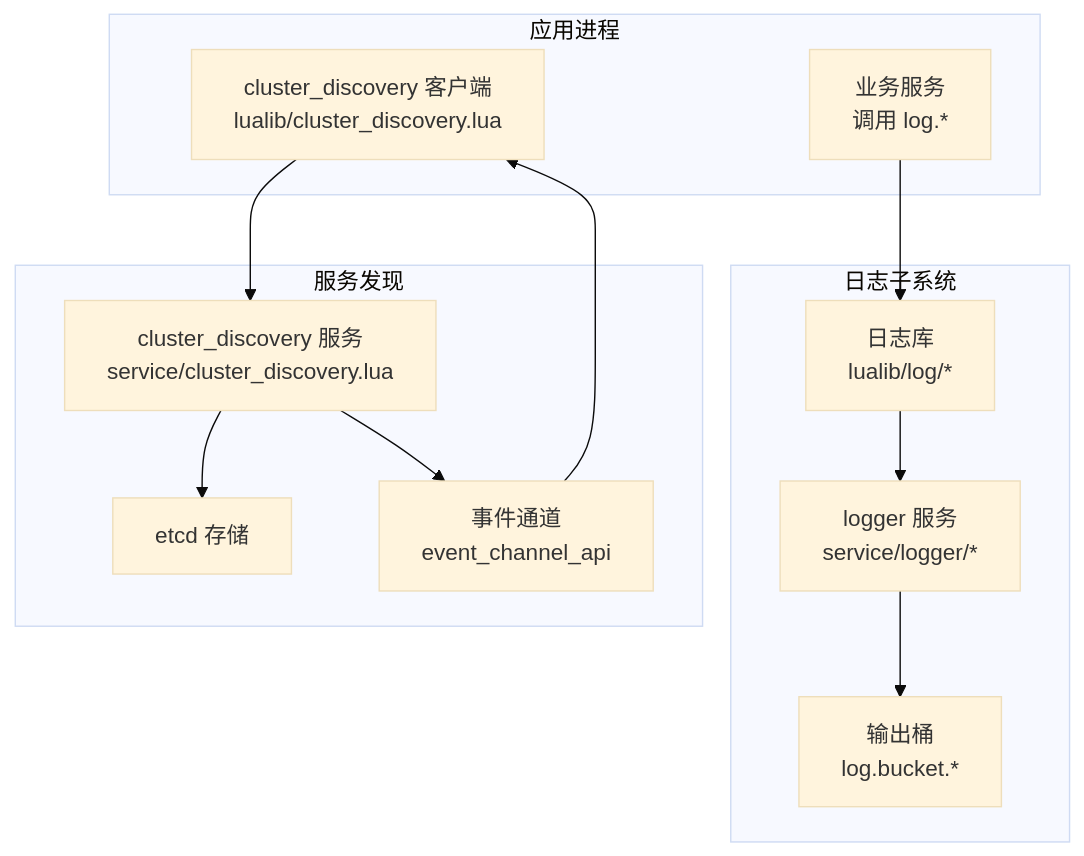
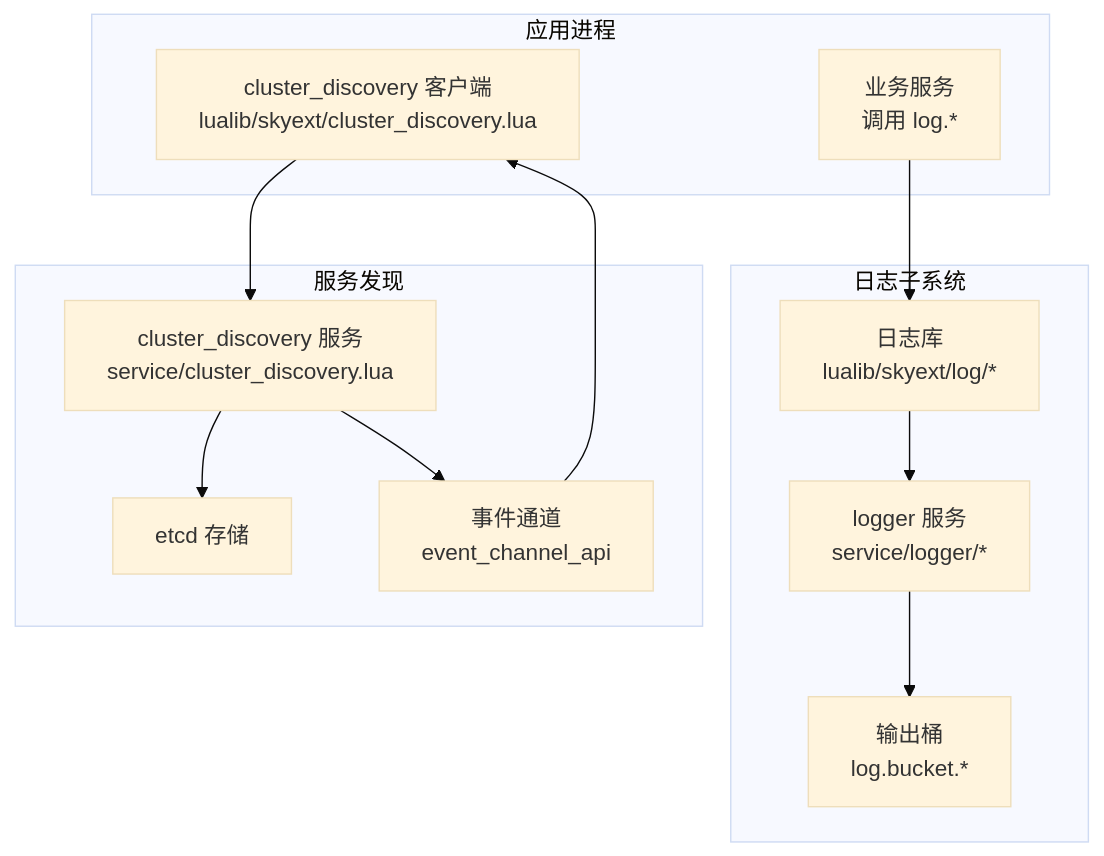
The first of 6 diagrams in docs/repowiki/zh/content/核心模块/日志系统/日志桶系统/服务间通信.md (hanxi/skyext), drawn with Mermaid (base theme) before and after one commit. The commit also changed other lines of this file and 117 other files, not shown here.

````diff
--- a/docs/repowiki/zh/content/核心模块/日志系统/日志桶系统/服务间通信.md
+++ b/docs/repowiki/zh/content/核心模块/日志系统/日志桶系统/服务间通信.md
@@ -48,24 +48,24 @@
 ```mermaid
 graph TB
 subgraph "应用进程"
 A["业务服务<br/>调用 log.*"]
-B["cluster_discovery 客户端<br/>lualib/cluster_discovery.lua"]
+B["cluster_discovery 客户端<br/>lualib/skyext/cluster_discovery.lua"]
 end
 subgraph "日志子系统"
 C["logger 服务<br/>service/logger/*"]
-D["日志库<br/>lualib/log/*"]
+D["日志库<br/>lualib/skyext/log/*"]
 E["输出桶<br/>log.bucket.*"]
 end
 subgraph "服务发现"
 F["cluster_discovery 服务<br/>service/cluster_discovery.lua"]
 G["etcd 存储"]
 H["事件通道<br/>event_channel_api"]
 end
 A --> D
 D --> C
 C --> E
 B --> F
 F --> G
 F --> H
 H --> B
 ```
````
